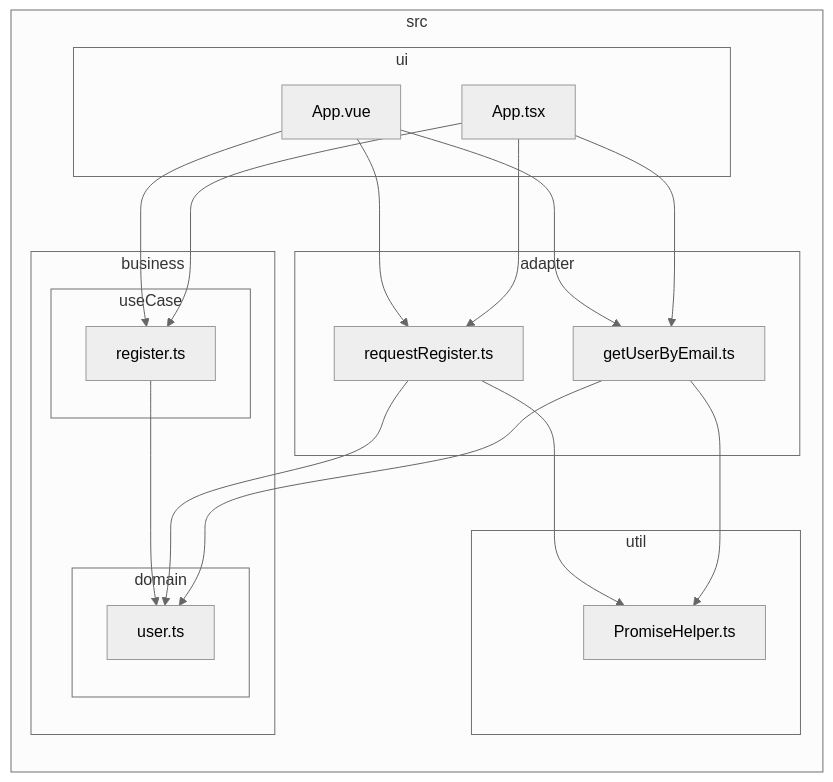
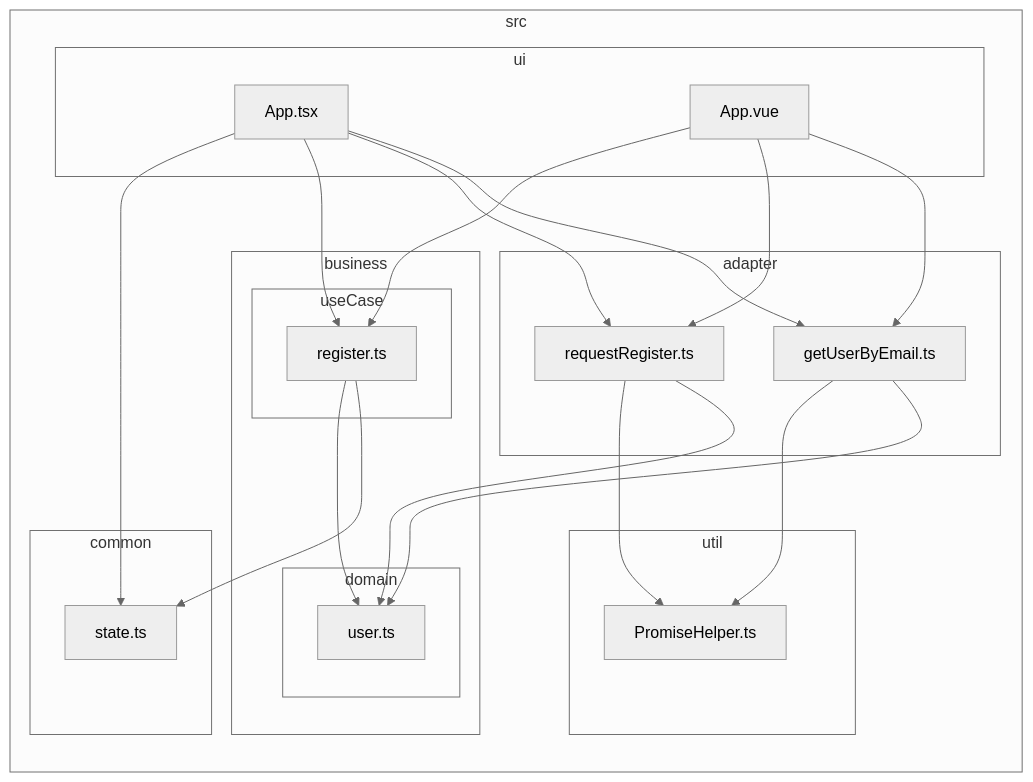
Before and after one commit to tkntkn/clean-architecture-vending-machine: the diagram in README.md, drawn with Mermaid (neutral theme). The commit also changed 1 other file, not shown here.

Commit message:
Update dependency

````diff
--- a/README.md
+++ b/README.md
@@ -2,36 +2,41 @@
 ```mermaid
 flowchart LR
 
 subgraph 0["src"]
 subgraph 1["adapter"]
 2["getUserByEmail.ts"]
 8["requestRegister.ts"]
 end
 subgraph 3["business"]
 subgraph 4["domain"]
 5["user.ts"]
 end
 subgraph 9["useCase"]
 A["register.ts"]
 end
 end
 subgraph 6["util"]
 7["PromiseHelper.ts"]
 end
-subgraph B["ui"]
-C["App.tsx"]
-D["App.vue"]
+subgraph B["common"]
+C["state.ts"]
+end
+subgraph D["ui"]
+E["App.tsx"]
+F["App.vue"]
 end
 end
 2-->5
 2-->7
 8-->5
 8-->7
+A-->C
 A-->5
-C-->2
-C-->8
-C-->A
-D-->2
-D-->8
-D-->A
+E-->2
+E-->8
+E-->A
+E-->C
+F-->2
+F-->8
+F-->A
 ```
````
